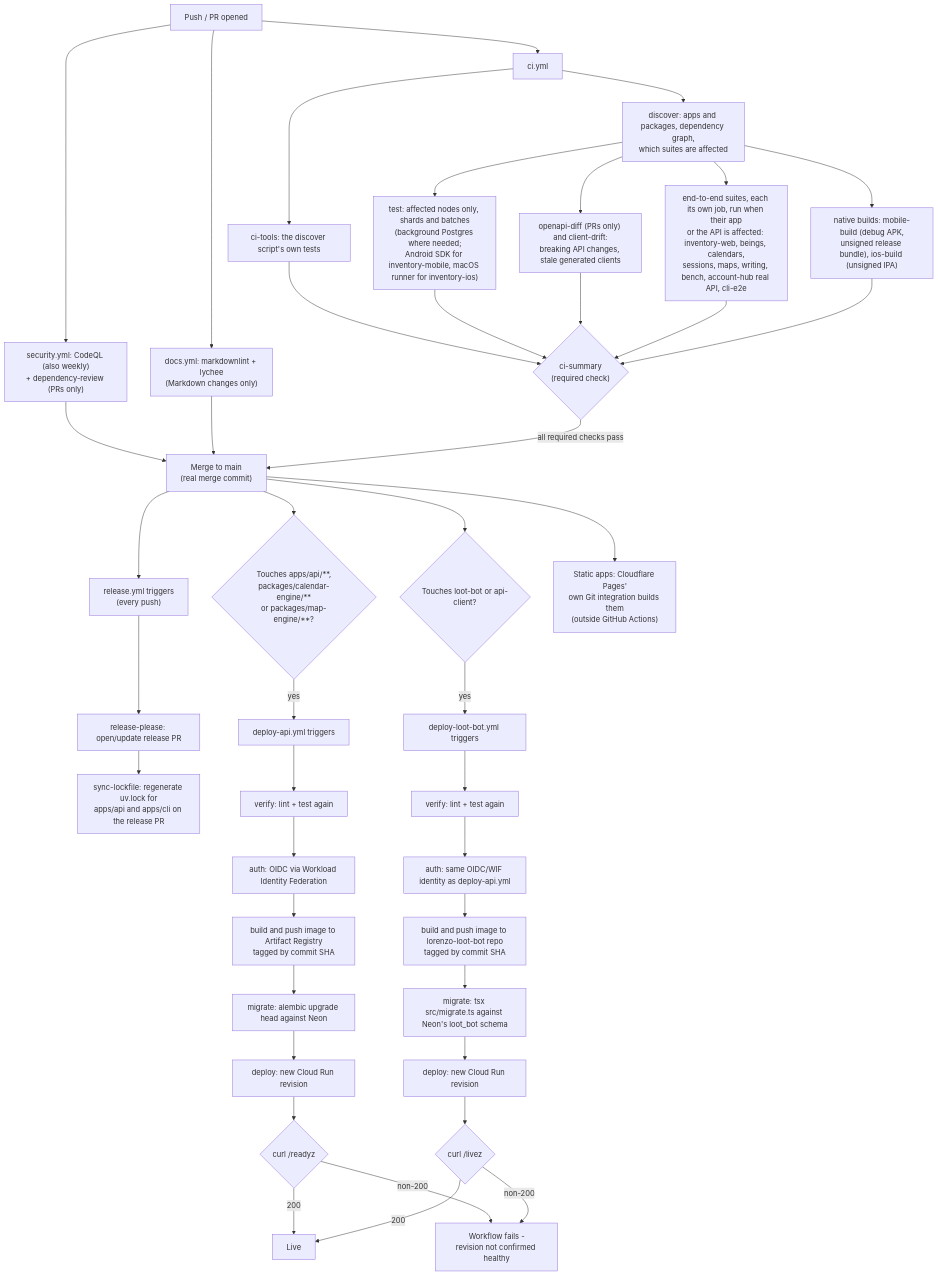
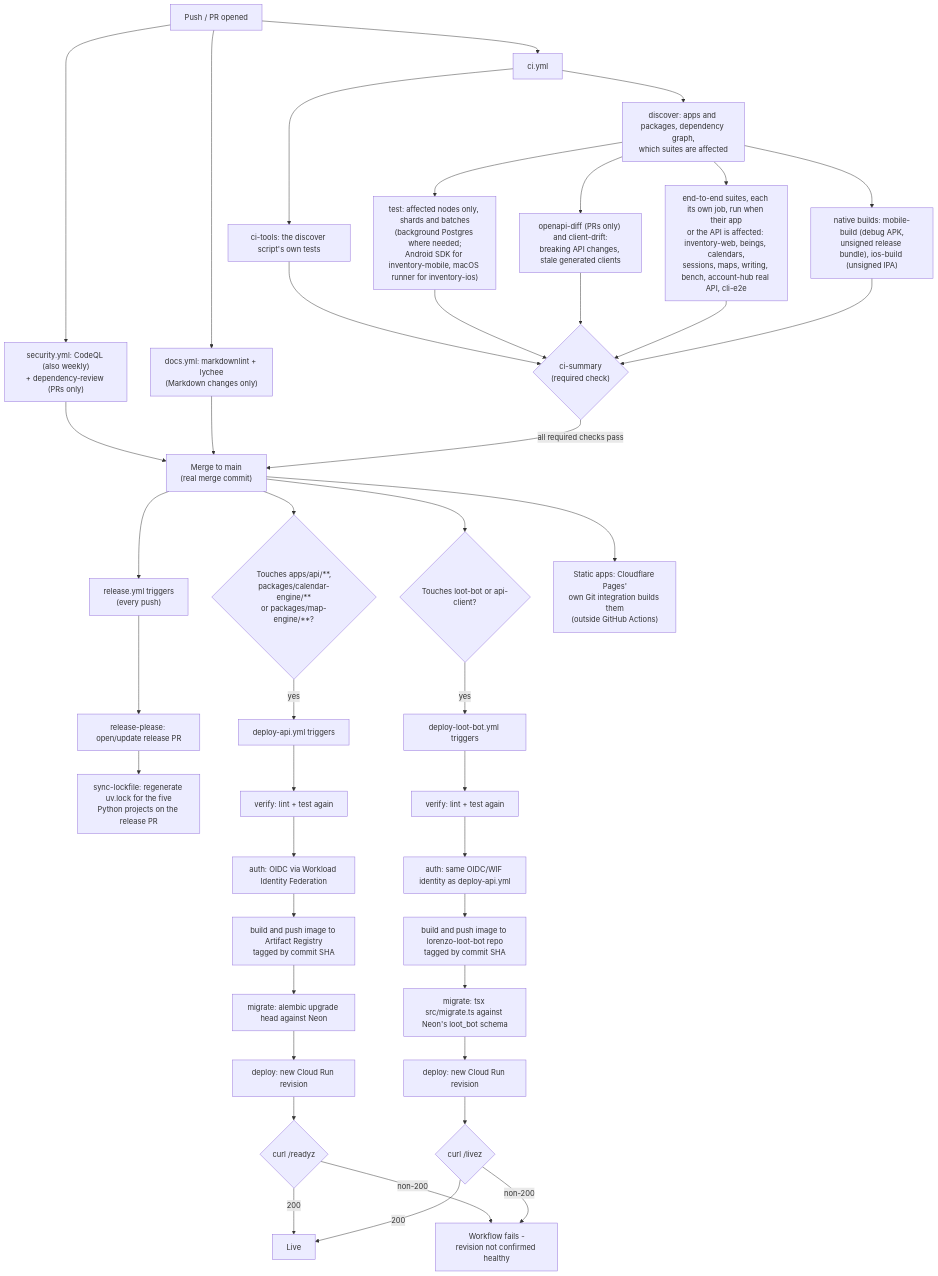
The diagram in docs/architecture/diagrams/ci-cd-pipeline.md (ramsesoriginal/lorenzo), drawn with Mermaid before and after one commit. The commit also changed 2 other files, not shown here.

Commit message:
ci: sync the Python packages' uv.lock on the release PR too
release-please bumps pyproject.toml but not uv.lock, which records the
local project's own version. The sync-lockfile job re-locked apps/api and
apps/cli only, so the release PR's lint went red on `uv lock --check` in
packages/map-engine (and would in calendar-engine and converters, which
the same bump touches). One more step re-locks the three packages and
commits each one that changed.

releasing.md and the CI/CD diagram say which projects the job covers.

````diff
--- a/docs/architecture/diagrams/ci-cd-pipeline.md
+++ b/docs/architecture/diagrams/ci-cd-pipeline.md
@@ -3,49 +3,49 @@
 ```mermaid
 flowchart TD
     A["Push / PR opened"] --> B["ci.yml"]
     B --> B0["ci-tools: the discover script's own tests"]
     B --> B1["discover: apps and packages, dependency graph,<br/>which suites are affected"]
     B1 --> B2["test: affected nodes only, shards and batches<br/>(background Postgres where needed;<br/>Android SDK for inventory-mobile, macOS runner for inventory-ios)"]
     B1 --> B5["openapi-diff (PRs only) and client-drift:<br/>breaking API changes, stale generated clients"]
     B1 --> B6["end-to-end suites, each its own job, run when their app<br/>or the API is affected: inventory-web, beings, calendars,<br/>sessions, maps, writing, bench, account-hub real API, cli-e2e"]
     B1 --> B7["native builds: mobile-build (debug APK,<br/>unsigned release bundle), ios-build (unsigned IPA)"]
     A --> B3["security.yml: CodeQL (also weekly)<br/>+ dependency-review (PRs only)"]
     A --> B4["docs.yml: markdownlint + lychee<br/>(Markdown changes only)"]
     B0 --> C
     B2 --> C{"ci-summary<br/>(required check)"}
     B5 --> C
     B6 --> C
     B7 --> C
     B3 --> D
     B4 --> D
 
     C -->|all required checks pass| D["Merge to main<br/>(real merge commit)"]
 
     D --> E{"Touches apps/api/**,<br/>packages/calendar-engine/**<br/>or packages/map-engine/**?"}
     E -->|yes| F["deploy-api.yml triggers"]
     D --> EL{"Touches loot-bot or api-client?"}
     EL -->|yes| FL["deploy-loot-bot.yml triggers"]
     D --> G["release.yml triggers<br/>(every push)"]
     D --> CF["Static apps: Cloudflare Pages'<br/>own Git integration builds them<br/>(outside GitHub Actions)"]
 
     G --> G1["release-please: open/update release PR"]
-    G1 --> G2["sync-lockfile: regenerate uv.lock for<br/>apps/api and apps/cli on the release PR"]
+    G1 --> G2["sync-lockfile: regenerate uv.lock for the five<br/>Python projects on the release PR"]
 
     F --> F1["verify: lint + test again"]
     F1 --> F2["auth: OIDC via Workload Identity Federation"]
     F2 --> F3["build and push image to Artifact Registry<br/>tagged by commit SHA"]
     F3 --> F4["migrate: alembic upgrade head against Neon"]
     F4 --> F5["deploy: new Cloud Run revision"]
     F5 --> F6{"curl /readyz"}
     F6 -->|200| H["Live"]
     F6 -->|non-200| I["Workflow fails -<br/>revision not confirmed healthy"]
 
     FL --> FL1["verify: lint + test again"]
     FL1 --> FL2["auth: same OIDC/WIF identity as deploy-api.yml"]
     FL2 --> FL3["build and push image to lorenzo-loot-bot repo<br/>tagged by commit SHA"]
     FL3 --> FL4["migrate: tsx src/migrate.ts against Neon's loot_bot schema"]
     FL4 --> FL5["deploy: new Cloud Run revision"]
     FL5 --> FL6{"curl /livez"}
     FL6 -->|200| H
     FL6 -->|non-200| I
 ```
````
